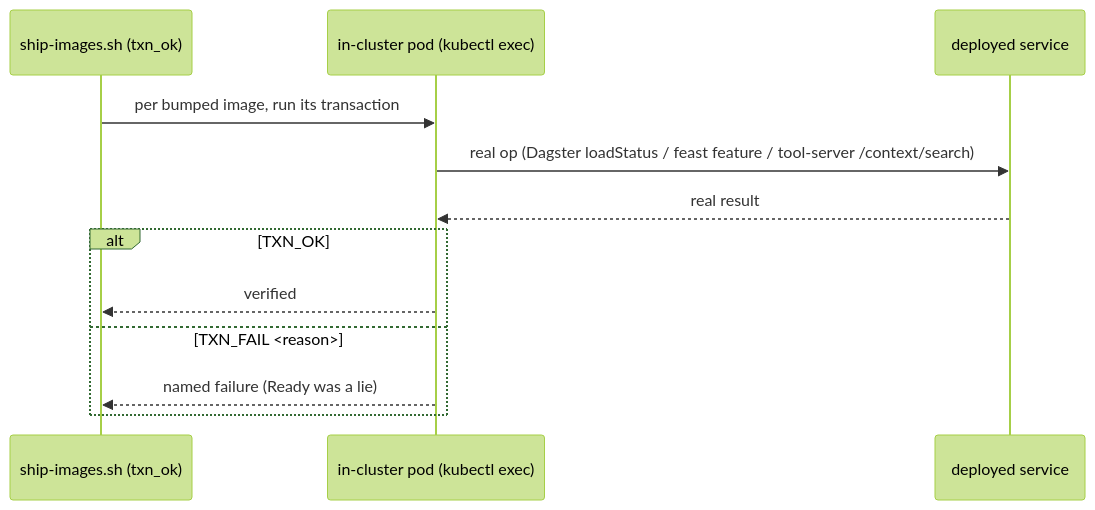
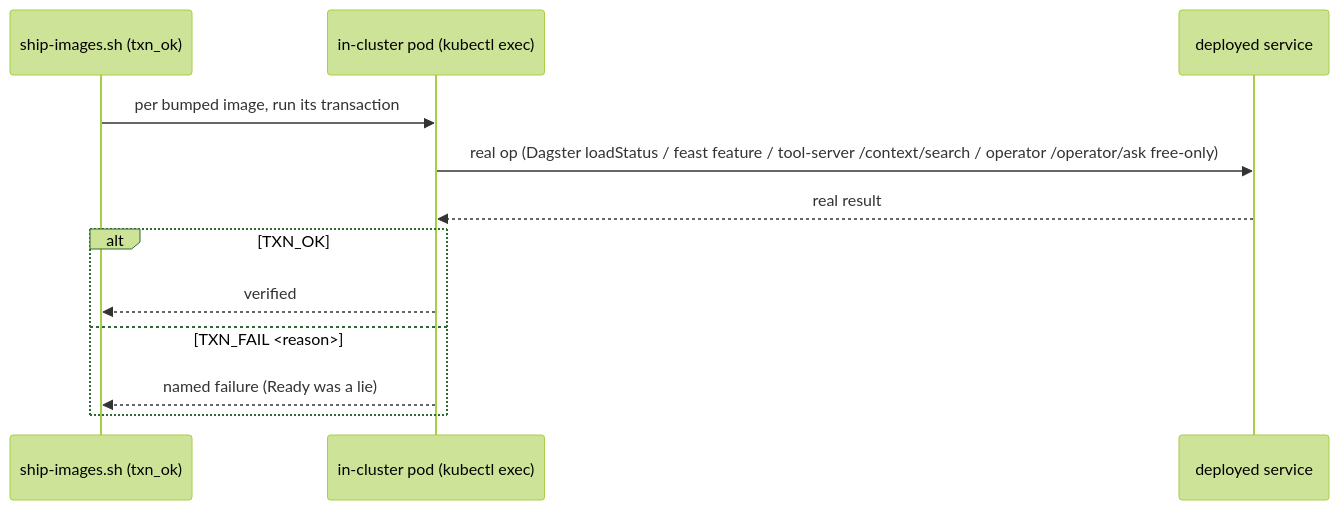
The fourth of 6 diagrams in docs/diagrams/flow-cicd-hardening.md (edtbl76/weyland-lab), drawn with Mermaid (forest theme) before and after one commit. The commit also changed 11 other files, not shown here.

````diff
--- a/docs/diagrams/flow-cicd-hardening.md
+++ b/docs/diagrams/flow-cicd-hardening.md
@@ -60,14 +60,14 @@
 ```mermaid
 sequenceDiagram
     participant Ship as ship-images.sh (txn_ok)
     participant Pod as in-cluster pod (kubectl exec)
     participant Svc as deployed service
     Ship->>Pod: per bumped image, run its transaction
-    Pod->>Svc: real op (Dagster loadStatus / feast feature / tool-server /context/search)
+    Pod->>Svc: real op (Dagster loadStatus / feast feature / tool-server /context/search / operator /operator/ask free-only)
     Svc-->>Pod: real result
     alt TXN_OK
         Pod-->>Ship: verified
     else TXN_FAIL <reason>
         Pod-->>Ship: named failure (Ready was a lie)
     end
 ```
````
